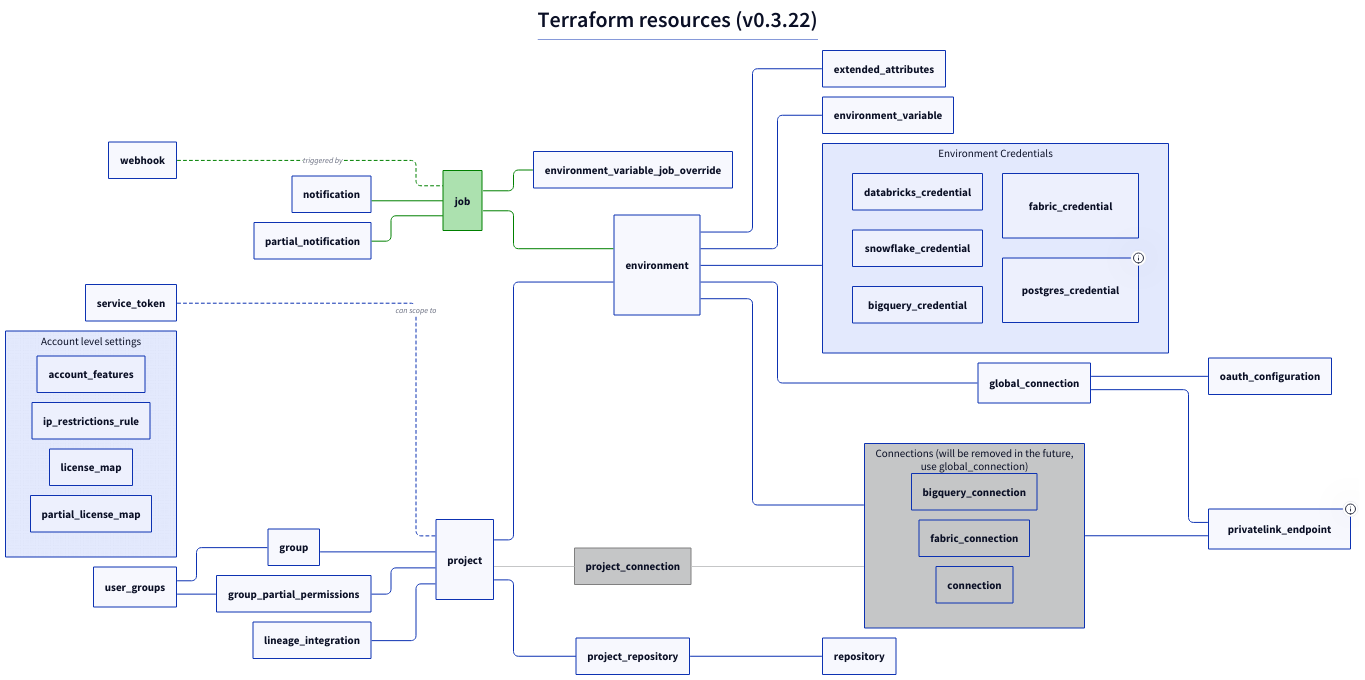
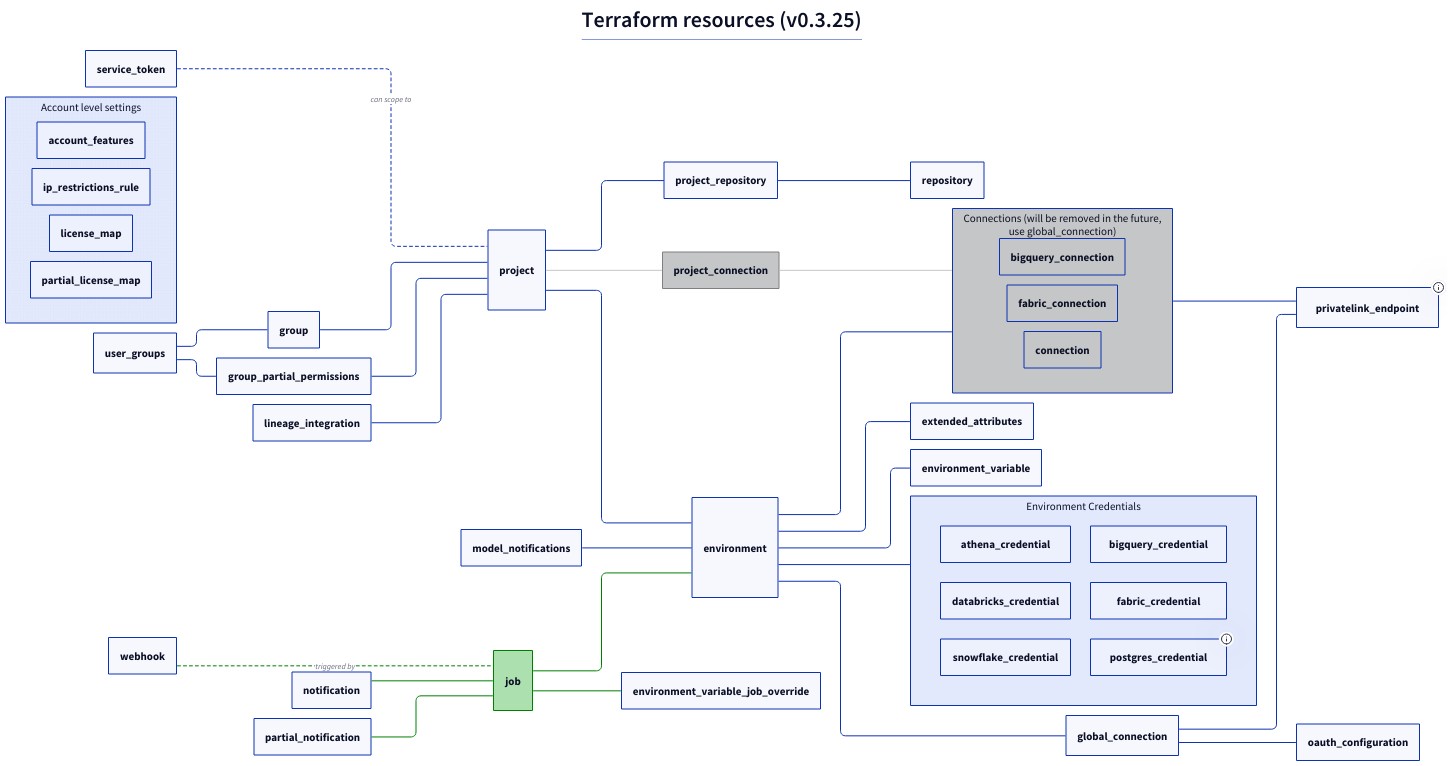
The diagram in terraform_resources.d2 (dbt-labs/terraform-provider-dbtcloud), drawn with D2 before and after one commit. The commit also changed 2 other files, not shown here.

Commit message:
Update diagram and changelog

```diff
--- a/terraform_resources.d2
+++ b/terraform_resources.d2
@@ -1,107 +1,109 @@
 vars: {
   d2-config: {
     layout-engine: elk
   }
 }
 
 *.style.font-size: 22
 *.*.style.font-size: 22
 
 title: |md
-  # Terraform resources (v0.3.22)
+  # Terraform resources (v0.3.25)
 | {near: top-center}
 
 direction: right
 
 project_connection: {
   style: {
     fill: "#C5C6C7"
     stroke: grey
   }
 }
 
 privatelink_endpoint: {tooltip: Datasource only}
 group
 group_partial_permissions
 service_token
 job: {
   style: {
     fill: "#ACE1AF"
     stroke: green
   }
 }
 
 conns: Connections (will be removed in the future,\nuse global_connection) {
   bigquery_connection
   fabric_connection
   connection
   
   bigquery_connection.style.fill: "#C5C6C7"
   fabric_connection.style.fill: "#C5C6C7"
   connection.style.fill: "#C5C6C7"
 }
 conns.style.fill: "#C5C6C7"
 
 env_creds: Environment Credentials {
   grid-columns: 2
+  athena_credential
   databricks_credential
   snowflake_credential
   bigquery_credential
   fabric_credential
   postgres_credential: {tooltip: Is used for Redshift as well}
 }
 
 service_token -- project: can scope to {
   style: {
     stroke-dash: 3
   }
 }
 group -- project
 group_partial_permissions -- project
 user_groups -- group
 user_groups -- group_partial_permissions
 project -- environment
 job -- environment
 job -- environment_variable_job_override
 notification -- job
 partial_notification -- job
 
 webhook -- job: triggered by {
   style: {
     stroke-dash: 3
   }
 }
 environment -- global_connection
 environment -- conns
 global_connection -- privatelink_endpoint
 global_connection -- oauth_configuration
 
 environment -- env_creds
 conns -- privatelink_endpoint
 project -- project_repository
 lineage_integration -- project
 project_repository -- repository
 environment -- environment_variable
 environment -- extended_attributes
+model_notifications -- environment
 
 project -- project_connection {
   style: {
     stroke: "#C5C6C7"
   }
 }
 project_connection -- conns {
   style: {
     stroke: "#C5C6C7"
   }
 }
 
 (job -- *)[*].style.stroke: green
 (* -- job)[*].style.stroke: green
 
 account_level_settings: "Account level settings" {
   account_features
   ip_restrictions_rule
   license_map
   partial_license_map
 }
 account_level_settings.style.fill-pattern: dots
```
